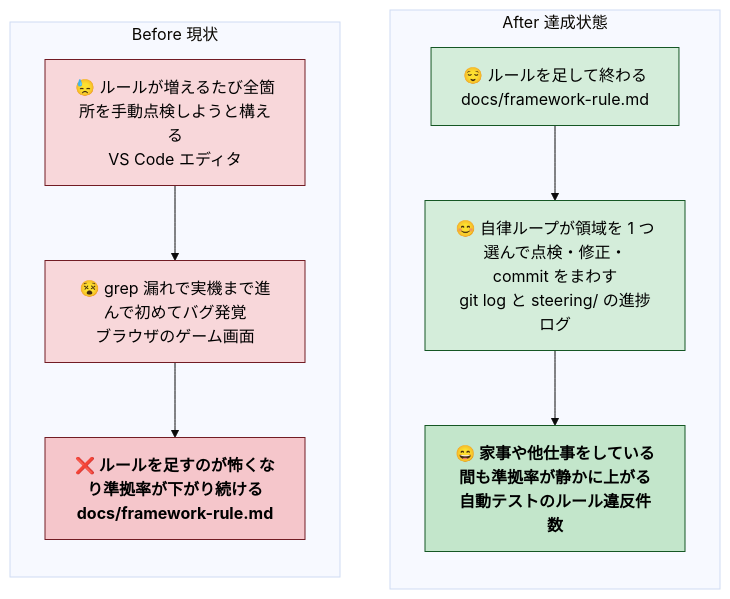
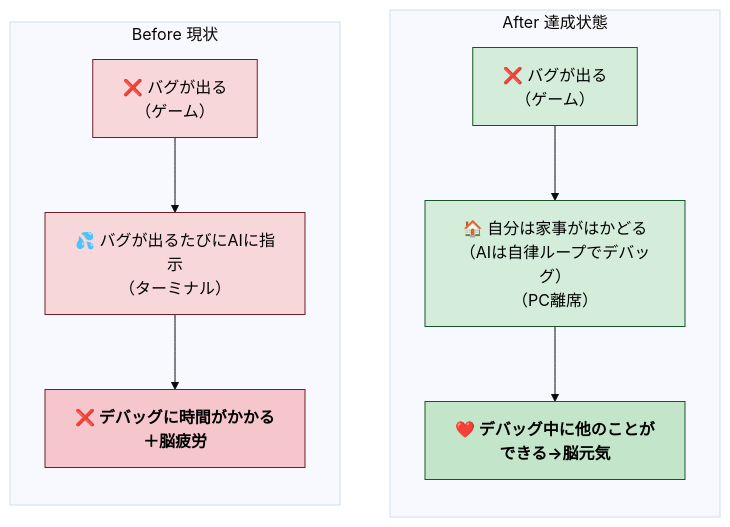
The first of 5 diagrams in steering/20260425-autonomous-rule-compliance-loop.md (tatsuro-ueda/code-quest-pyxel), drawn with Mermaid (base theme) before and after one commit. The commit also changed other lines of this file, not shown here.

First line of the commit message:
docs(steering): add Gherkin scenarios to autonomous rule-compliance loop note

````diff
--- a/steering/20260425-autonomous-rule-compliance-loop.md
+++ b/steering/20260425-autonomous-rule-compliance-loop.md
@@ -52,24 +33,24 @@
 ```mermaid
 flowchart LR
     subgraph BEFORE[Before 現状]
         direction TB
-        B1[😓 ルールが増えるたび全箇所を手動点検しようと構える<br>VS Code エディタ]
-        B1 --> B2[😵 grep 漏れで実機まで進んで初めてバグ発覚<br>ブラウザのゲーム画面]
-        B2 --> B_END[❌ ルールを足すのが怖くなり準拠率が下がり続ける<br>docs/framework-rule.md]
+        B1[❌ バグが出る<br>（ゲーム）]
+        B1 --> B2[💦 バグが出るたびにAIに指示<br>（ターミナル）]
+        B2 --> B_END[❌ デバッグに時間がかかる＋脳疲労]
     end
     subgraph AFTER[After 達成状態]
         direction TB
-        A1[😌 ルールを足して終わる<br>docs/framework-rule.md]
-        A1 --> A2[😊 自律ループが領域を 1 つ選んで点検・修正・commit をまわす<br>git log と steering/ の進捗ログ]
-        A2 --> A_END[😄 家事や他仕事をしている間も準拠率が静かに上がる<br>自動テストのルール違反件数]
+        A1[❌ バグが出る<br>（ゲーム）]
+        A1 --> A2[🏠 自分は家事がはかどる（AIは自律ループでデバッグ）<br>（PC離席）]
+        A2 --> A_END[❤️ デバッグ中に他のことができる→脳元気]
     end
     BEFORE ~~~ AFTER
     classDef oldStyle fill:#f8d7da,stroke:#721c24,color:#000000;
     classDef newStyle fill:#d4edda,stroke:#155724,color:#000000;
     classDef endOld fill:#f5c6cb,stroke:#721c24,color:#000000,font-weight:bold;
     classDef endNew fill:#c3e6cb,stroke:#155724,color:#000000,font-weight:bold;
     class B1,B2 oldStyle;
     class A1,A2 newStyle;
     class B_END endOld;
     class A_END endNew;
 ```
````
